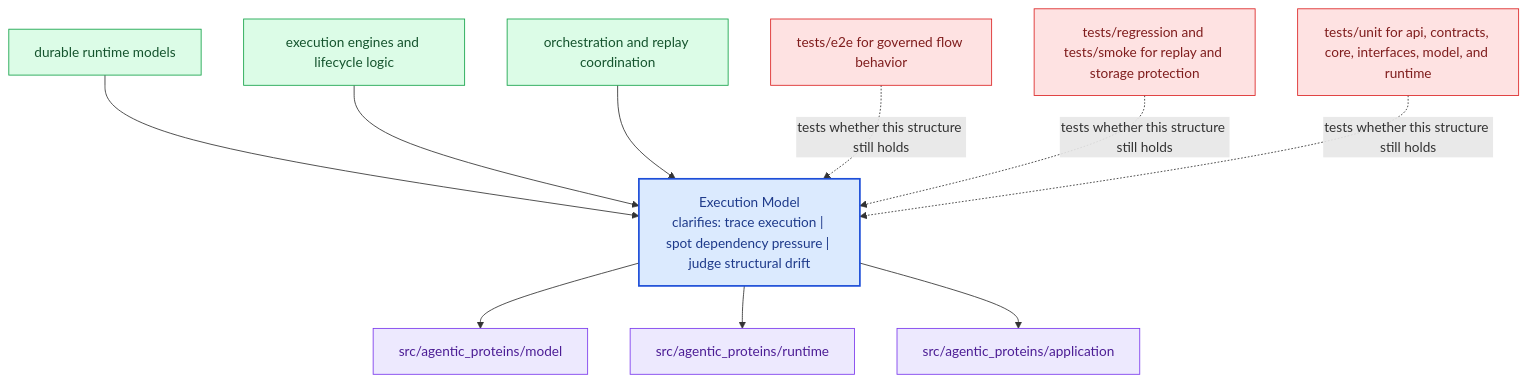
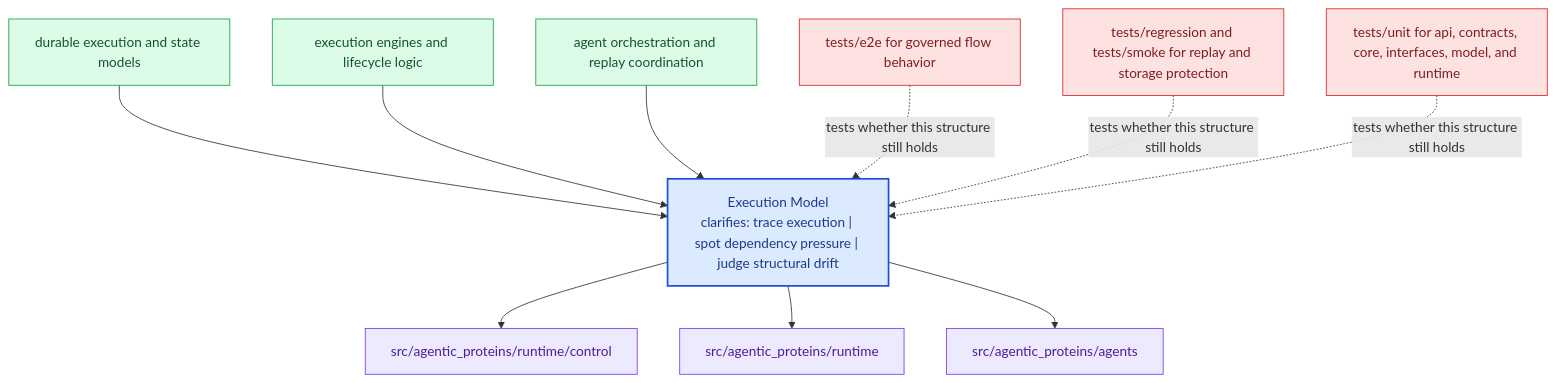
One commit to bijux/bijux-proteomics changed the diagram in docs/agentic-proteins/architecture/execution-model.md. Above: the diagram before and after it, drawn with Mermaid. The commit also changed other lines of this file and 24 other files, not shown here.

Commit message:
docs(agentic-proteins): deepen runtime handbook and align execution anchors to real modules

````diff
--- a/docs/agentic-proteins/architecture/execution-model.md
+++ b/docs/agentic-proteins/architecture/execution-model.md
@@ -24,31 +24,31 @@
 ```mermaid
 flowchart TB
     page["Execution Model<br/>clarifies: trace execution | spot dependency pressure | judge structural drift"]
     classDef page fill:#dbeafe,stroke:#1d4ed8,color:#1e3a8a,stroke-width:2px;
     classDef positive fill:#dcfce7,stroke:#16a34a,color:#14532d;
     classDef caution fill:#fee2e2,stroke:#dc2626,color:#7f1d1d;
     classDef anchor fill:#ede9fe,stroke:#7c3aed,color:#4c1d95;
     classDef action fill:#fef3c7,stroke:#d97706,color:#7c2d12;
-    module1["durable runtime models"]
+    module1["durable execution and state models"]
     module1 --> page
     module2["execution engines and lifecycle logic"]
     module2 --> page
-    module3["orchestration and replay coordination"]
+    module3["agent orchestration and replay coordination"]
     module3 --> page
-    code1["src/agentic_proteins/model"]
+    code1["src/agentic_proteins/runtime/control"]
     page --> code1
     code2["src/agentic_proteins/runtime"]
     page --> code2
-    code3["src/agentic_proteins/application"]
+    code3["src/agentic_proteins/agents"]
     page --> code3
     pressure1["tests/e2e for governed flow behavior"]
     pressure1 -.tests whether this structure still holds.-> page
     pressure2["tests/regression and tests/smoke for replay and storage protection"]
     pressure2 -.tests whether this structure still holds.-> page
     pressure3["tests/unit for api, contracts, core, interfaces, model, and runtime"]
     pressure3 -.tests whether this structure still holds.-> page
     class page page;
     class module1,module2,module3 positive;
     class code1,code2,code3 anchor;
     class pressure1,pressure2,pressure3 caution;
 ```
````
